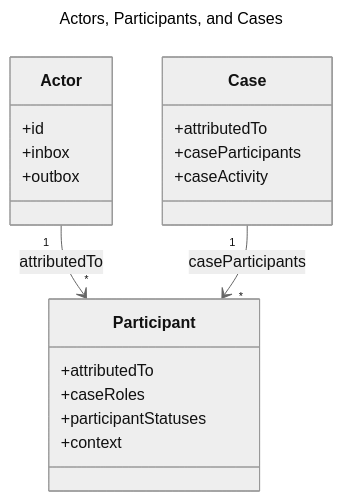
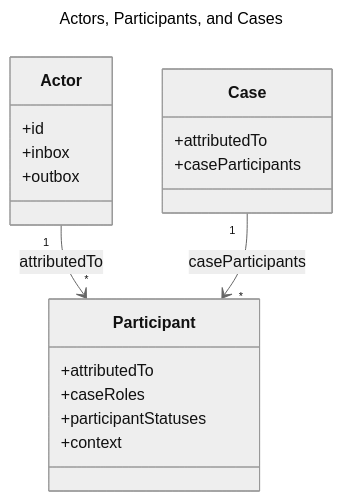
One commit to CERTCC/Vultron changed the first of 2 diagrams in docs/topics/future_work/federation.md. Above: the diagram before and after it, drawn with Mermaid (neutral theme). The commit also changed 32 other files, not shown here.

First line of the commit message:
Delete the dead participantCaseName and caseActivity fields

````diff
--- a/docs/topics/future_work/federation.md
+++ b/docs/topics/future_work/federation.md
@@ -88,24 +88,23 @@
 ```mermaid
 ---
 title: Actors, Participants, and Cases
 ---
 classDiagram
     class Actor {
         +id
         +inbox
         +outbox
     }
     class Participant {
         +attributedTo
         +caseRoles
         +participantStatuses
         +context
     }
     class Case {
         +attributedTo
         +caseParticipants
-        +caseActivity
     }
     Actor "1" --> "*" Participant : attributedTo
     Case "1" --> "*" Participant : caseParticipants
 ```
````
